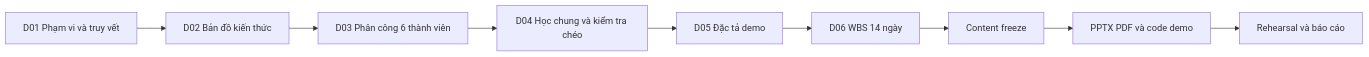
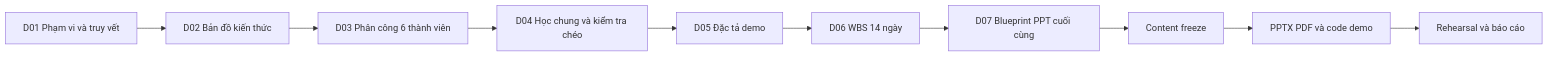
Before and after one commit to kimtinh18012005-alt/Parallel-and-Distributed-Computing: the diagram in README.md, drawn with Mermaid. The commit also changed other lines of this file and 2 other files, not shown here.

Commit message:
docs: add final presentation blueprint

````diff
--- a/README.md
+++ b/README.md
@@ -22,11 +22,12 @@
 ```mermaid
 flowchart LR
     A[D01 Phạm vi và truy vết] --> B[D02 Bản đồ kiến thức]
     B --> C[D03 Phân công 6 thành viên]
     C --> D[D04 Học chung và kiểm tra chéo]
     D --> E[D05 Đặc tả demo]
     E --> F[D06 WBS 14 ngày]
-    F --> G[Content freeze]
-    G --> H[PPTX PDF và code demo]
-    H --> I[Rehearsal và báo cáo]
+    F --> G[D07 Blueprint PPT cuối cùng]
+    G --> H[Content freeze]
+    H --> I[PPTX PDF và code demo]
+    I --> J[Rehearsal và báo cáo]
 ```
````
